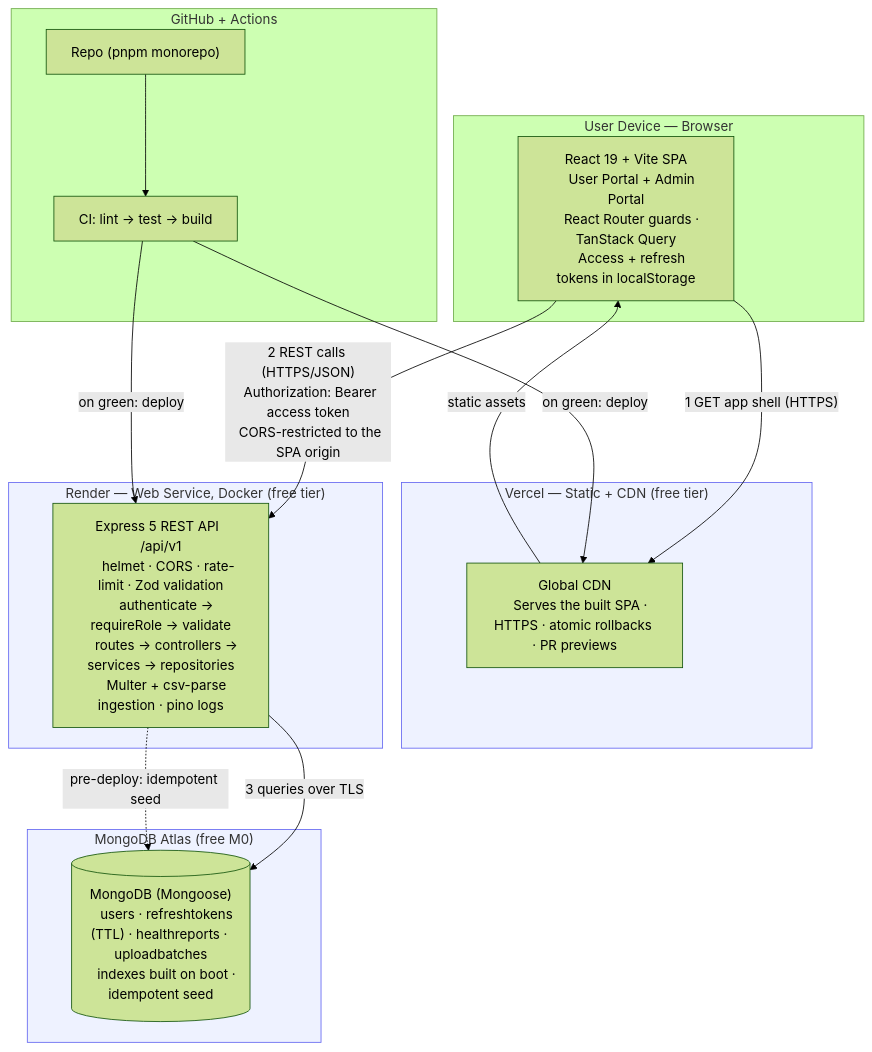
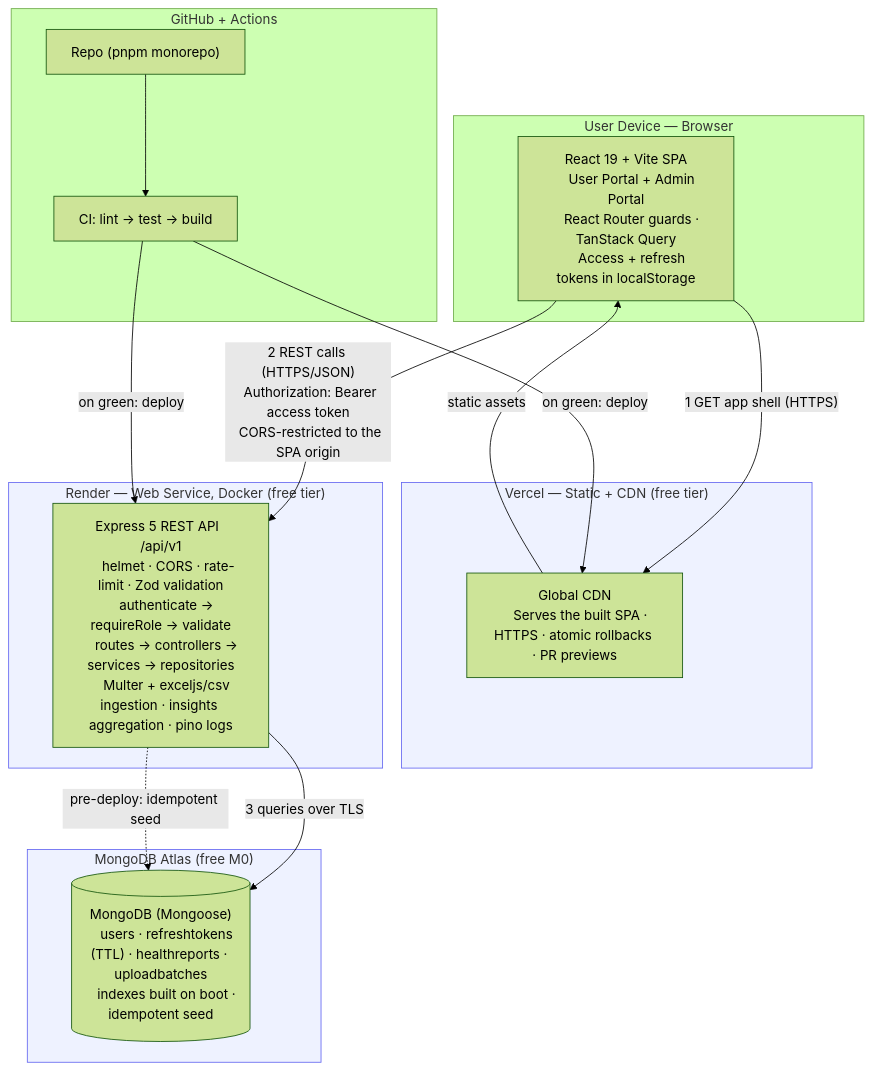
Before and after one commit to Ajay7548/Healthify-System: the first of 3 diagrams in docs/architecture.md, drawn with Mermaid (forest theme). The commit also changed other lines of this file and 4 other files, not shown here.

First line of the commit message:
docs: refresh seed, samples, README and architecture for the new dataset

````diff
--- a/docs/architecture.md
+++ b/docs/architecture.md
@@ -12,48 +12,48 @@
 ```mermaid
 flowchart TB
   subgraph Client["User Device — Browser"]
     SPA["React 19 + Vite SPA
     User Portal + Admin Portal
     React Router guards · TanStack Query
     Access + refresh tokens in localStorage"]
   end
 
   subgraph Vercel["Vercel — Static + CDN (free tier)"]
     CDN["Global CDN
     Serves the built SPA · HTTPS · atomic rollbacks · PR previews"]
   end
 
   subgraph Render["Render — Web Service, Docker (free tier)"]
     API["Express 5 REST API  /api/v1
     helmet · CORS · rate-limit · Zod validation
     authenticate -> requireRole -> validate
     routes -> controllers -> services -> repositories
-    Multer + csv-parse ingestion · pino logs"]
+    Multer + exceljs/csv ingestion · insights aggregation · pino logs"]
   end
 
   subgraph Atlas["MongoDB Atlas (free M0)"]
     DB[("MongoDB (Mongoose)
     users · refreshtokens (TTL) · healthreports · uploadbatches
     indexes built on boot · idempotent seed")]
   end
 
   subgraph GitHub["GitHub + Actions"]
     REPO["Repo (pnpm monorepo)"]
     CI["CI: lint -> test -> build"]
   end
 
   SPA -->|"1 GET app shell (HTTPS)"| CDN
   CDN -->|"static assets"| SPA
   SPA -->|"2 REST calls (HTTPS/JSON)
   Authorization: Bearer access token
   CORS-restricted to the SPA origin"| API
   API -->|"3 queries over TLS"| DB
 
   REPO --> CI
   CI -->|"on green: deploy"| CDN
   CI -->|"on green: deploy"| API
   API -. "pre-deploy: idempotent seed" .-> DB
 
   classDef cloud fill:#eef2ff,stroke:#6366f1;
   class Vercel,Render,Atlas cloud;
 ```
````
